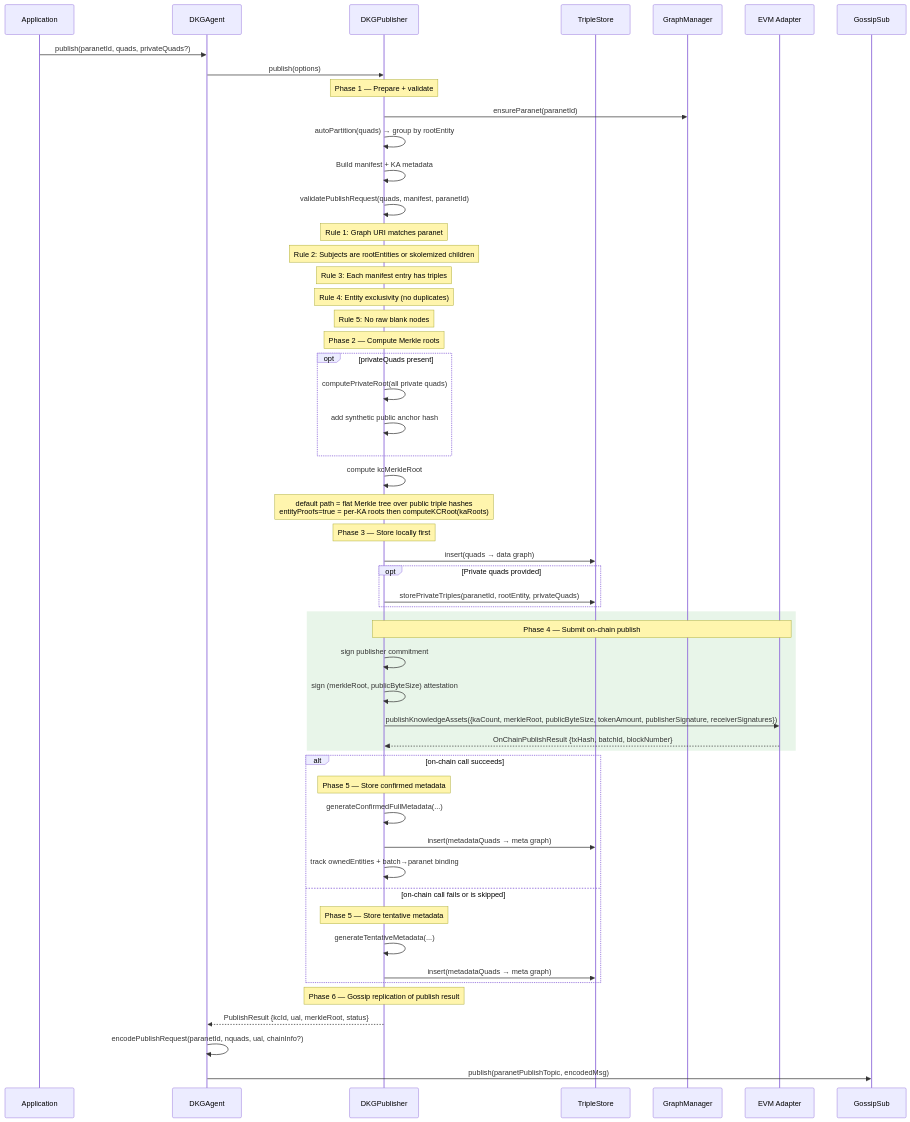
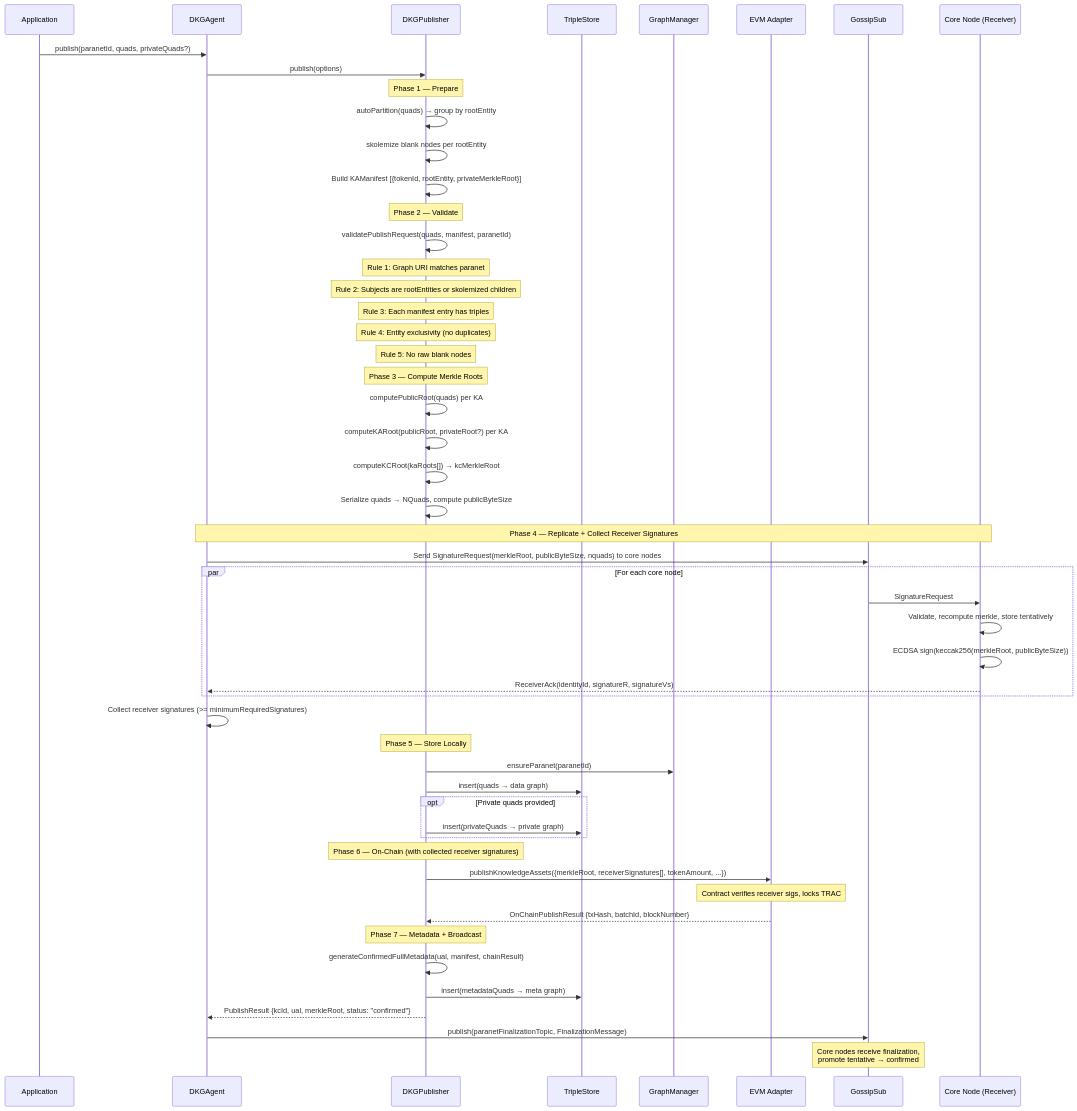
The second of 18 diagrams in docs/v9-protocol-operations.md (OriginTrail/dkg-v9), drawn with Mermaid before and after one commit. The commit also changed other lines of this file and 12 other files, not shown here.

First line of the commit message:
feat: replicate-then-publish — agent integration, finalization, CLI

````diff
--- a/docs/v9-protocol-operations.md
+++ b/docs/v9-protocol-operations.md
@@ -107,68 +94,71 @@
 ```mermaid
 sequenceDiagram
     participant App as Application
     participant Agent as DKGAgent
     participant Pub as DKGPublisher
     participant Store as TripleStore
     participant GM as GraphManager
     participant Chain as EVM Adapter
     participant GS as GossipSub
+    participant CoreNode as Core Node (Receiver)
 
     App->>Agent: publish(paranetId, quads, privateQuads?)
 
     Agent->>Pub: publish(options)
 
-    Note over Pub: Phase 1 — Prepare + validate
+    Note over Pub: Phase 1 — Prepare
 
-    Pub->>GM: ensureParanet(paranetId)
     Pub->>Pub: autoPartition(quads) → group by rootEntity
-    Pub->>Pub: Build manifest + KA metadata
+    Pub->>Pub: skolemize blank nodes per rootEntity
+    Pub->>Pub: Build KAManifest [{tokenId, rootEntity, privateMerkleRoot}]
+
+    Note over Pub: Phase 2 — Validate
+
     Pub->>Pub: validatePublishRequest(quads, manifest, paranetId)
     Note over Pub: Rule 1: Graph URI matches paranet
     Note over Pub: Rule 2: Subjects are rootEntities or skolemized children
     Note over Pub: Rule 3: Each manifest entry has triples
     Note over Pub: Rule 4: Entity exclusivity (no duplicates)
     Note over Pub: Rule 5: No raw blank nodes
 
-    Note over Pub: Phase 2 — Compute Merkle roots
+    Note over Pub: Phase 3 — Compute Merkle Roots
 
-    opt privateQuads present
-        Pub->>Pub: computePrivateRoot(all private quads)
-        Pub->>Pub: add synthetic public anchor hash
+    Pub->>Pub: computePublicRoot(quads) per KA
+    Pub->>Pub: computeKARoot(publicRoot, privateRoot?) per KA
+    Pub->>Pub: computeKCRoot(kaRoots[]) → kcMerkleRoot
+    Pub->>Pub: Serialize quads → NQuads, compute publicByteSize
+
+    Note over Agent,CoreNode: Phase 4 — Replicate + Collect Receiver Signatures
+
+    Agent->>GS: Send SignatureRequest(merkleRoot, publicByteSize, nquads) to core nodes
+    par For each core node
+        GS->>CoreNode: SignatureRequest
+        CoreNode->>CoreNode: Validate, recompute merkle, store tentatively
+        CoreNode->>CoreNode: ECDSA sign(keccak256(merkleRoot, publicByteSize))
+        CoreNode-->>Agent: ReceiverAck(identityId, signatureR, signatureVs)
     end
-    Pub->>Pub: compute kcMerkleRoot
-    Note over Pub: default path = flat Merkle tree over public triple hashes<br/>entityProofs=true = per-KA roots then computeKCRoot(kaRoots)
+    Agent->>Agent: Collect receiver signatures (>= minimumRequiredSignatures)
 
-    Note over Pub: Phase 3 — Store locally first
+    Note over Pub: Phase 5 — Store Locally
 
+    Pub->>GM: ensureParanet(paranetId)
     Pub->>Store: insert(quads → data graph)
     opt Private quads provided
-        Pub->>Store: storePrivateTriples(paranetId, rootEntity, privateQuads)
+        Pub->>Store: insert(privateQuads → private graph)
     end
 
-    rect rgb(232, 245, 233)
-        Note over Pub,Chain: Phase 4 — Submit on-chain publish
-        Pub->>Pub: sign publisher commitment
-        Pub->>Pub: sign (merkleRoot, publicByteSize) attestation
-        Pub->>Chain: publishKnowledgeAssets({kaCount, merkleRoot, publicByteSize, tokenAmount, publisherSignature, receiverSignatures})
-        Chain-->>Pub: OnChainPublishResult {txHash, batchId, blockNumber}
-    end
+    Note over Pub: Phase 6 — On-Chain (with collected receiver signatures)
 
-    alt on-chain call succeeds
-        Note over Pub: Phase 5 — Store confirmed metadata
+    Pub->>Chain: publishKnowledgeAssets({merkleRoot, receiverSignatures[], tokenAmount, ...})
+    Note over Chain: Contract verifies receiver sigs, locks TRAC
+    Chain-->>Pub: OnChainPublishResult {txHash, batchId, blockNumber}
 
-        Pub->>Pub: generateConfirmedFullMetadata(...)
-        Pub->>Store: insert(metadataQuads → meta graph)
-        Pub->>Pub: track ownedEntities + batch→paranet binding
-    else on-chain call fails or is skipped
-        Note over Pub: Phase 5 — Store tentative metadata
-        Pub->>Pub: generateTentativeMetadata(...)
-        Pub->>Store: insert(metadataQuads → meta graph)
-    end
+    Note over Pub: Phase 7 — Metadata + Broadcast
 
-    Note over Pub: Phase 6 — Gossip replication of publish result
+    Pub->>Pub: generateConfirmedFullMetadata(ual, manifest, chainResult)
+    Pub->>Store: insert(metadataQuads → meta graph)
 
-    Pub-->>Agent: PublishResult {kcId, ual, merkleRoot, status}
-    Agent->>Agent: encodePublishRequest(paranetId, nquads, ual, chainInfo?)
-    Agent->>GS: publish(paranetPublishTopic, encodedMsg)
+    Pub-->>Agent: PublishResult {kcId, ual, merkleRoot, status: "confirmed"}
+    Agent->>GS: publish(paranetFinalizationTopic, FinalizationMessage)
+    Note over GS: Core nodes receive finalization,<br/>promote tentative → confirmed
 ```
````
